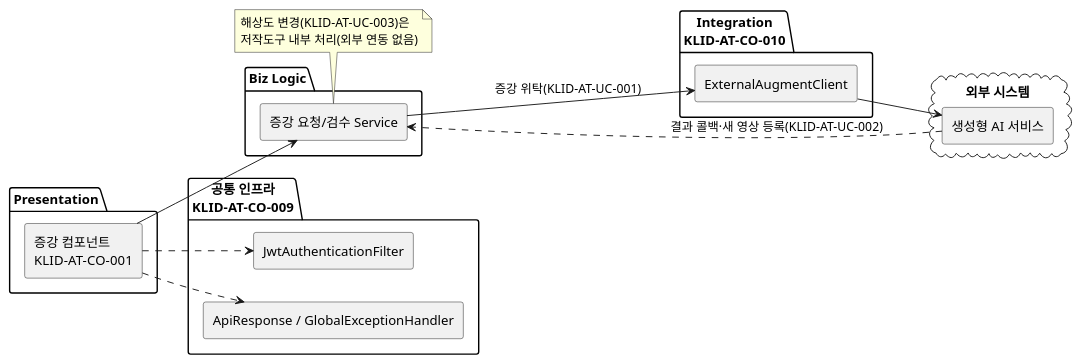
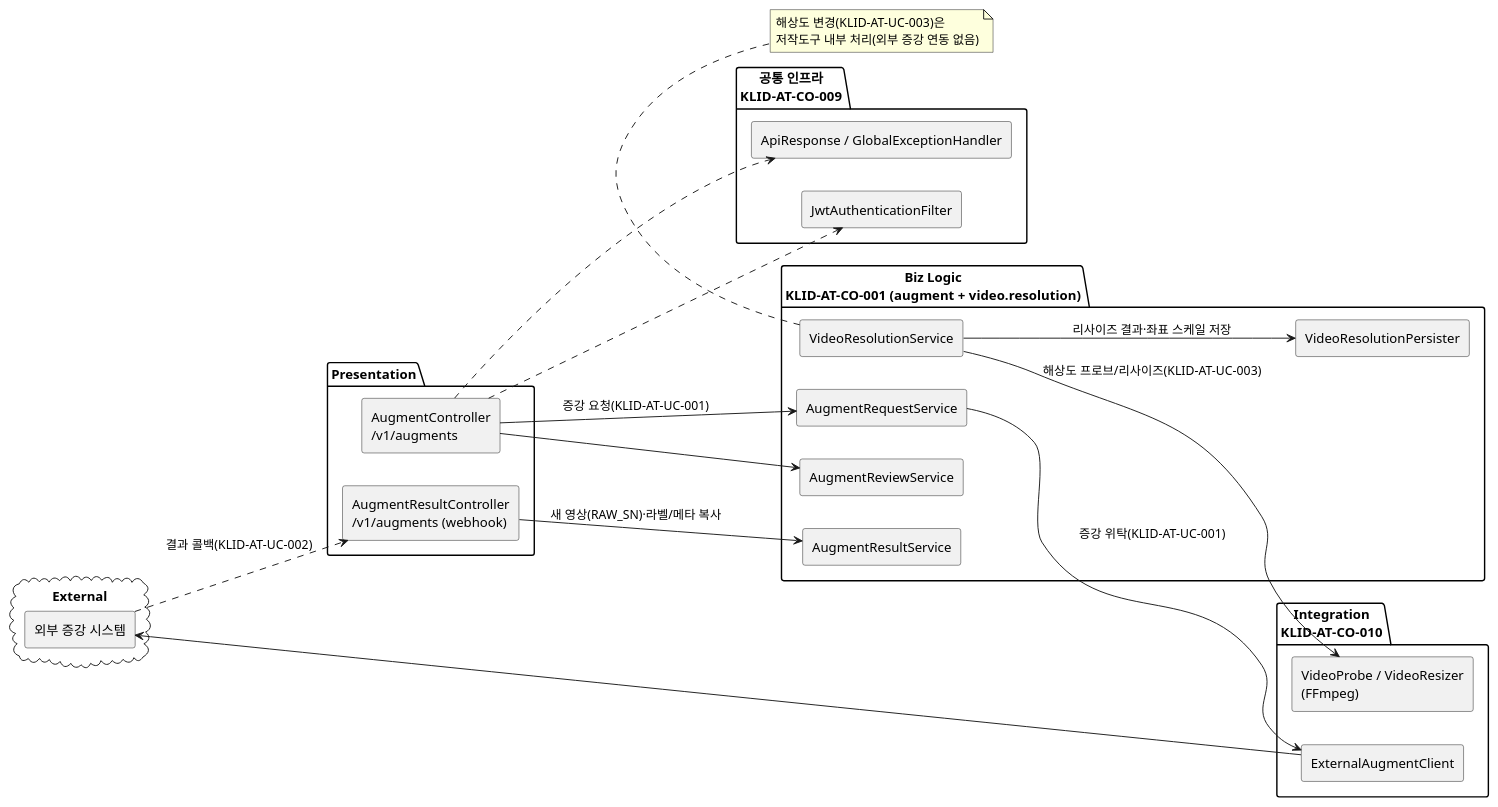
One commit to New-stella/klid-label changed the first of 5 diagrams in docs/design/D3-컴포넌트설계서.md. Above: the diagram before and after it, drawn with PlantUML. The commit also changed other lines of this file and 36 other files, not shown here.

````diff
--- a/docs/design/D3-컴포넌트설계서.md
+++ b/docs/design/D3-컴포넌트설계서.md
@@ -43,29 +44,39 @@
 ```plantuml
 @startuml
 skinparam componentStyle rectangle
 left to right direction
 package "Presentation" {
-  [증강 컴포넌트\nKLID-AT-CO-001] as AUG
+  [AugmentController\n/v1/augments] as AUGC
+  [AugmentResultController\n/v1/augments (webhook)] as ARC
 }
-package "Biz Logic" {
-  [증강 요청/검수 Service] as AUGS
+package "Biz Logic\nKLID-AT-CO-001 (augment + video.resolution)" {
+  [AugmentRequestService] as AReqS
+  [AugmentReviewService] as ARvwS
+  [AugmentResultService] as ARS
+  [VideoResolutionService] as VRS
+  [VideoResolutionPersister] as VRP
 }
 package "공통 인프라\nKLID-AT-CO-009" {
   [JwtAuthenticationFilter] as JWT
   [ApiResponse / GlobalExceptionHandler] as RESP
 }
 package "Integration\nKLID-AT-CO-010" {
   [ExternalAugmentClient] as EAC
+  [VideoProbe / VideoResizer\n(FFmpeg)] as FFMPEG
 }
-cloud "외부 시스템" {
-  [생성형 AI 서비스] as GENAI
+cloud "External" {
+  [외부 증강 시스템] as GENAI
 }
-AUG --> AUGS
-AUG ..> JWT
-AUG ..> RESP
-AUGS --> EAC : 증강 위탁(KLID-AT-UC-001)
+AUGC --> AReqS : 증강 요청(KLID-AT-UC-001)
+AUGC --> ARvwS
+AUGC ..> JWT
+AUGC ..> RESP
+AReqS --> EAC : 증강 위탁(KLID-AT-UC-001)
 EAC --> GENAI
-GENAI ..> AUGS : 결과 콜백·새 영상 등록(KLID-AT-UC-002)
-note bottom of AUGS : 해상도 변경(KLID-AT-UC-003)은\n저작도구 내부 처리(외부 연동 없음)
+GENAI ..> ARC : 결과 콜백(KLID-AT-UC-002)
+ARC --> ARS : 새 영상(RAW_SN)·라벨/메타 복사
+VRS --> FFMPEG : 해상도 프로브/리사이즈(KLID-AT-UC-003)
+VRS --> VRP : 리사이즈 결과·좌표 스케일 저장
+note bottom of VRS : 해상도 변경(KLID-AT-UC-003)은\n저작도구 내부 처리(외부 증강 연동 없음)
 @enduml
 ```
````
